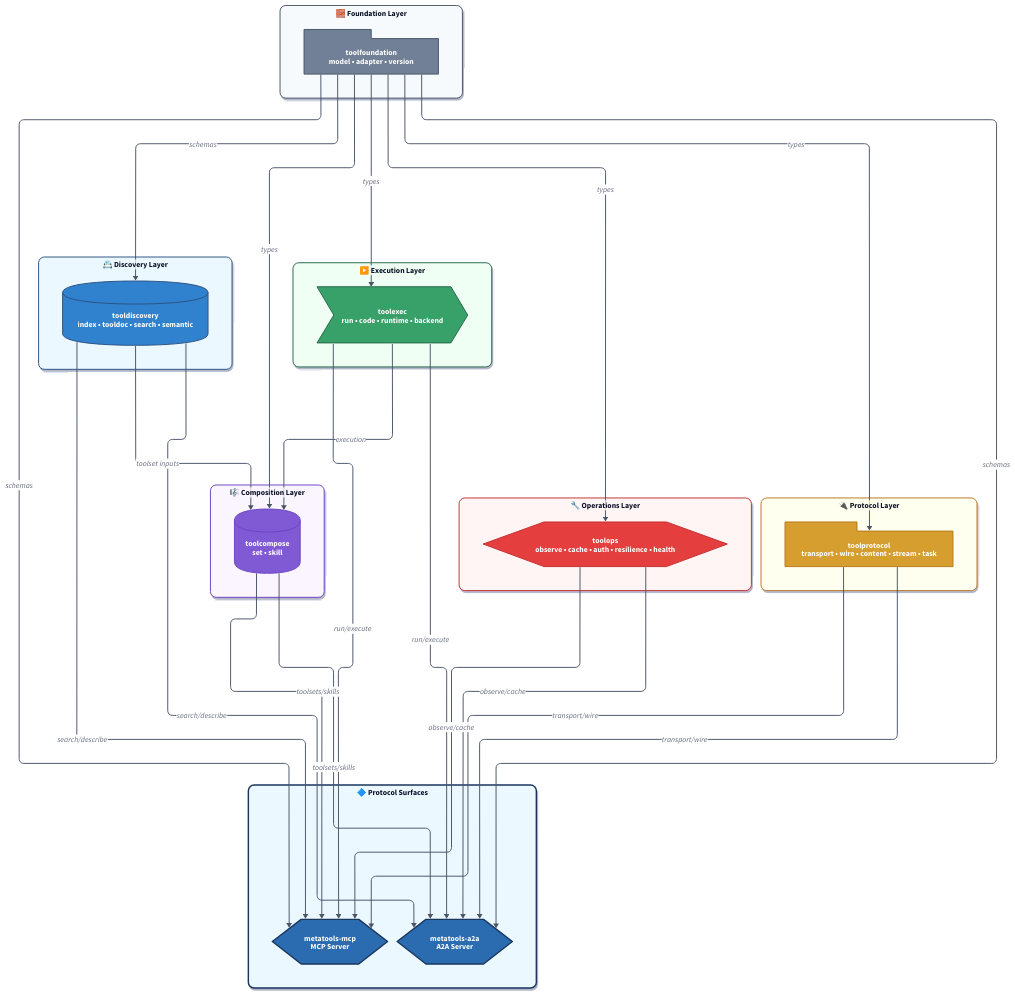
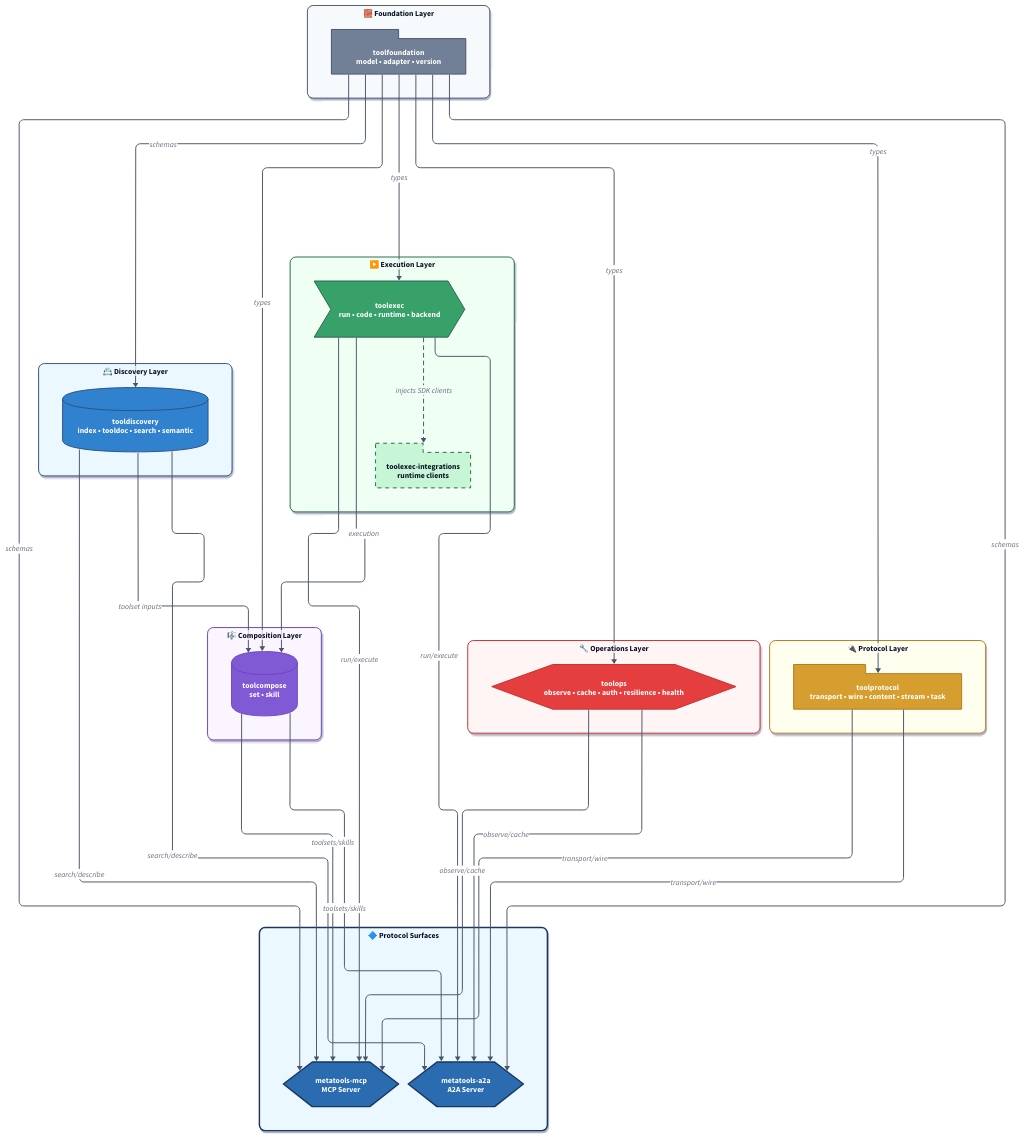
The diagram in docs/diagrams/stack-layering-model.d2 (jonwraymond/ai-tools-stack), drawn with D2 before and after one commit. The commit also changed 9 other files, not shown here.

Commit message:
docs: refresh stack versions and diagrams

```diff
--- a/docs/diagrams/stack-layering-model.d2
+++ b/docs/diagrams/stack-layering-model.d2
@@ -1,110 +1,118 @@
 # ApertureStack Layering Model (Consolidated)
 # 6 library repos + protocol surfaces
 
 direction: down
 
 vars: {
   d2-config: {
     layout-engine: elk
     theme-id: 0
   }
   foundation-fill: "#718096"
   foundation-stroke: "#4a5568"
   discovery-fill: "#3182ce"
   discovery-stroke: "#2c5282"
   execution-fill: "#38a169"
   execution-stroke: "#276749"
   composition-fill: "#805ad5"
   composition-stroke: "#6b46c1"
   operations-fill: "#e53e3e"
   operations-stroke: "#c53030"
   protocol-fill: "#d69e2e"
   protocol-stroke: "#b7791f"
   surface-fill: "#2b6cb0"
   surface-stroke: "#1a365d"
 }
 
 classes: {
   layer: {
     style: {
       border-radius: 12
       shadow: true
       font-size: 16
       bold: true
     }
   }
   foundation-component: { style: { fill: ${foundation-fill}; stroke: ${foundation-stroke}; stroke-width: 2; font-color: "#fff" } }
   discovery-component: { style: { fill: ${discovery-fill}; stroke: ${discovery-stroke}; stroke-width: 2; font-color: "#fff" } }
   execution-component: { style: { fill: ${execution-fill}; stroke: ${execution-stroke}; stroke-width: 2; font-color: "#fff" } }
   composition-component: { style: { fill: ${composition-fill}; stroke: ${composition-stroke}; stroke-width: 2; font-color: "#fff" } }
   operations-component: { style: { fill: ${operations-fill}; stroke: ${operations-stroke}; stroke-width: 2; font-color: "#fff" } }
   protocol-component: { style: { fill: ${protocol-fill}; stroke: ${protocol-stroke}; stroke-width: 2; font-color: "#fff" } }
   surface-component: { style: { fill: ${surface-fill}; stroke: ${surface-stroke}; stroke-width: 3; font-color: "#fff" } }
   data-flow: { style: { stroke: "#4a5568"; stroke-width: 2 } }
 }
 
 layer_foundation: "🧱 Foundation Layer" {
   class: layer
   style: { fill: "#f7fafc"; stroke: ${foundation-stroke} }
   toolfoundation: "toolfoundation\nmodel • adapter • version" { shape: package; class: foundation-component }
 }
 
 layer_discovery: "📇 Discovery Layer" {
   class: layer
   style: { fill: "#ebf8ff"; stroke: ${discovery-stroke} }
   tooldiscovery: "tooldiscovery\nindex • tooldoc • search • semantic" { shape: cylinder; class: discovery-component }
 }
 
 layer_execution: "▶️ Execution Layer" {
   class: layer
   style: { fill: "#f0fff4"; stroke: ${execution-stroke} }
   toolexec: "toolexec\nrun • code • runtime • backend" { shape: step; class: execution-component }
+  toolexec_integrations: "toolexec-integrations\nruntime clients" {
+    shape: package
+    style: { fill: "#c6f6d5"; stroke: ${execution-stroke}; stroke-width: 2; stroke-dash: 4 }
+  }
 }
 
 layer_composition: "🎼 Composition Layer" {
   class: layer
   style: { fill: "#faf5ff"; stroke: ${composition-stroke} }
   toolcompose: "toolcompose\nset • skill" { shape: cylinder; class: composition-component }
 }
 
 layer_operations: "🔧 Operations Layer" {
   class: layer
   style: { fill: "#fff5f5"; stroke: ${operations-stroke} }
   toolops: "toolops\nobserve • cache • auth • resilience • health" { shape: hexagon; class: operations-component }
 }
 
 layer_protocol: "🔌 Protocol Layer" {
   class: layer
   style: { fill: "#fffff0"; stroke: ${protocol-stroke} }
   toolprotocol: "toolprotocol\ntransport • wire • content • stream • task" { shape: package; class: protocol-component }
 }
 
 layer_surface: "🔷 Protocol Surfaces" {
   class: layer
   style: { fill: "#ebf8ff"; stroke: ${surface-stroke}; stroke-width: 3 }
   metatools: "metatools-mcp\nMCP Server" { shape: hexagon; class: surface-component }
   metatools_a2a: "metatools-a2a\nA2A Server" { shape: hexagon; class: surface-component }
 }
 
 layer_foundation.toolfoundation -> layer_discovery.tooldiscovery: "schemas" { class: data-flow }
 layer_foundation.toolfoundation -> layer_execution.toolexec: "types" { class: data-flow }
 layer_foundation.toolfoundation -> layer_composition.toolcompose: "types" { class: data-flow }
 layer_foundation.toolfoundation -> layer_operations.toolops: "types" { class: data-flow }
 layer_foundation.toolfoundation -> layer_protocol.toolprotocol: "types" { class: data-flow }
 
 layer_discovery.tooldiscovery -> layer_composition.toolcompose: "toolset inputs" { class: data-flow }
 layer_execution.toolexec -> layer_composition.toolcompose: "execution" { class: data-flow }
+layer_execution.toolexec -> layer_execution.toolexec_integrations: "injects SDK clients" {
+  class: data-flow
+  style: { stroke-dash: 4 }
+}
 
 layer_protocol.toolprotocol -> layer_surface.metatools: "transport/wire" { class: data-flow }
 layer_operations.toolops -> layer_surface.metatools: "observe/cache" { class: data-flow }
 layer_composition.toolcompose -> layer_surface.metatools: "toolsets/skills" { class: data-flow }
 layer_execution.toolexec -> layer_surface.metatools: "run/execute" { class: data-flow }
 layer_discovery.tooldiscovery -> layer_surface.metatools: "search/describe" { class: data-flow }
 layer_foundation.toolfoundation -> layer_surface.metatools: "schemas" { class: data-flow }
 
 layer_protocol.toolprotocol -> layer_surface.metatools_a2a: "transport/wire" { class: data-flow }
 layer_operations.toolops -> layer_surface.metatools_a2a: "observe/cache" { class: data-flow }
 layer_composition.toolcompose -> layer_surface.metatools_a2a: "toolsets/skills" { class: data-flow }
 layer_execution.toolexec -> layer_surface.metatools_a2a: "run/execute" { class: data-flow }
 layer_discovery.tooldiscovery -> layer_surface.metatools_a2a: "search/describe" { class: data-flow }
 layer_foundation.toolfoundation -> layer_surface.metatools_a2a: "schemas" { class: data-flow }
```
